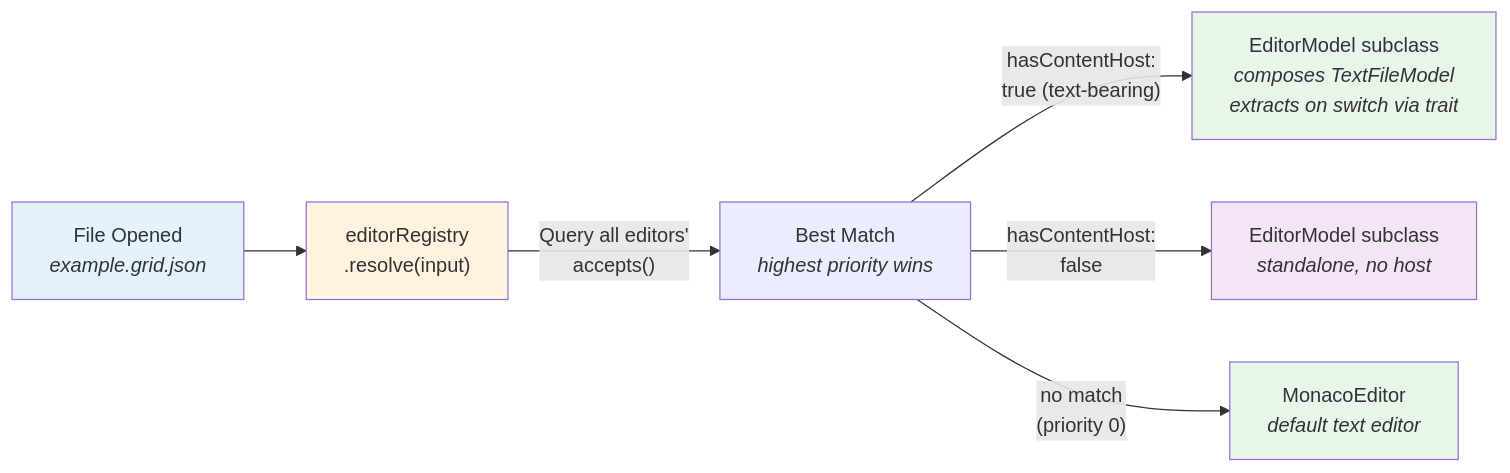
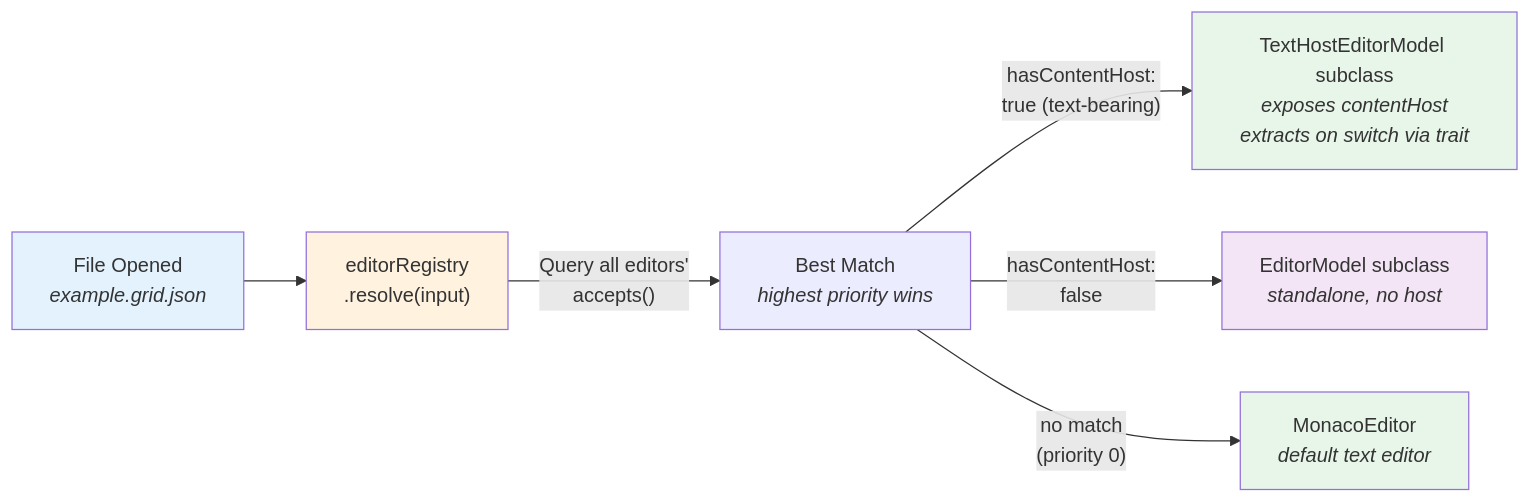
The diagram in doc/architecture/diagrams/3-editor-resolution.mmd (andriy-viyatyk/persephone), drawn with Mermaid before and after one commit. The commit also changed 132 other files, not shown here.

First line of the commit message:
EPIC-154: Refactoring Phase 5.4 - finish the host migration and slim TextFileModel

```diff
--- a/doc/architecture/diagrams/3-editor-resolution.mmd
+++ b/doc/architecture/diagrams/3-editor-resolution.mmd
@@ -1,14 +1,14 @@
 flowchart LR
     FILE["File Opened<br/><i>example.grid.json</i>"] --> REG["editorRegistry<br/>.resolve(input)"]
 
     REG --> |"Query all editors'<br/>accepts()"| BEST["Best Match<br/><i>highest priority wins</i>"]
 
-    BEST --> |"hasContentHost:<br/>true (text-bearing)"| TB["EditorModel subclass<br/><i>composes TextFileModel</i><br/><i>extracts on switch via trait</i>"]
+    BEST --> |"hasContentHost:<br/>true (text-bearing)"| TB["TextHostEditorModel subclass<br/><i>exposes contentHost</i><br/><i>extracts on switch via trait</i>"]
     BEST --> |"hasContentHost:<br/>false"| NT["EditorModel subclass<br/><i>standalone, no host</i>"]
     BEST --> |"no match<br/>(priority 0)"| MONACO["MonacoEditor<br/><i>default text editor</i>"]
 
     style FILE fill:#e3f2fd
     style REG fill:#fff3e0
     style TB fill:#e8f5e9
     style NT fill:#f3e5f5
     style MONACO fill:#e8f5e9
```
